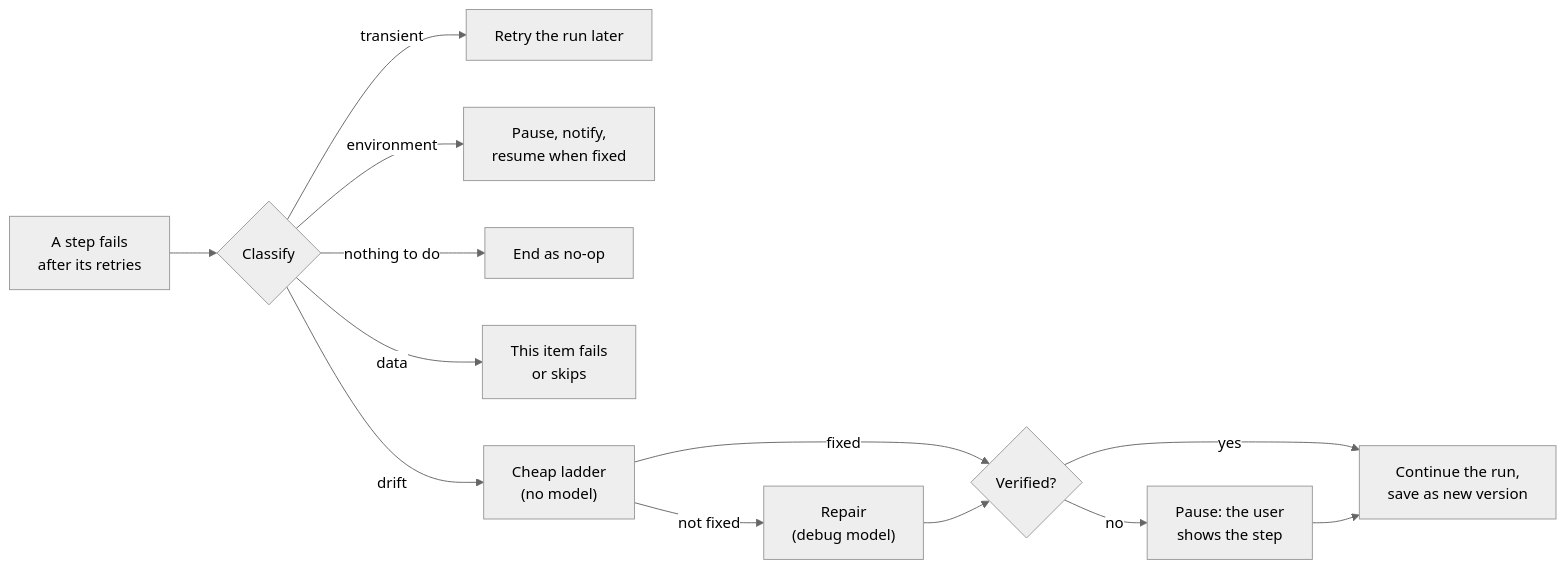
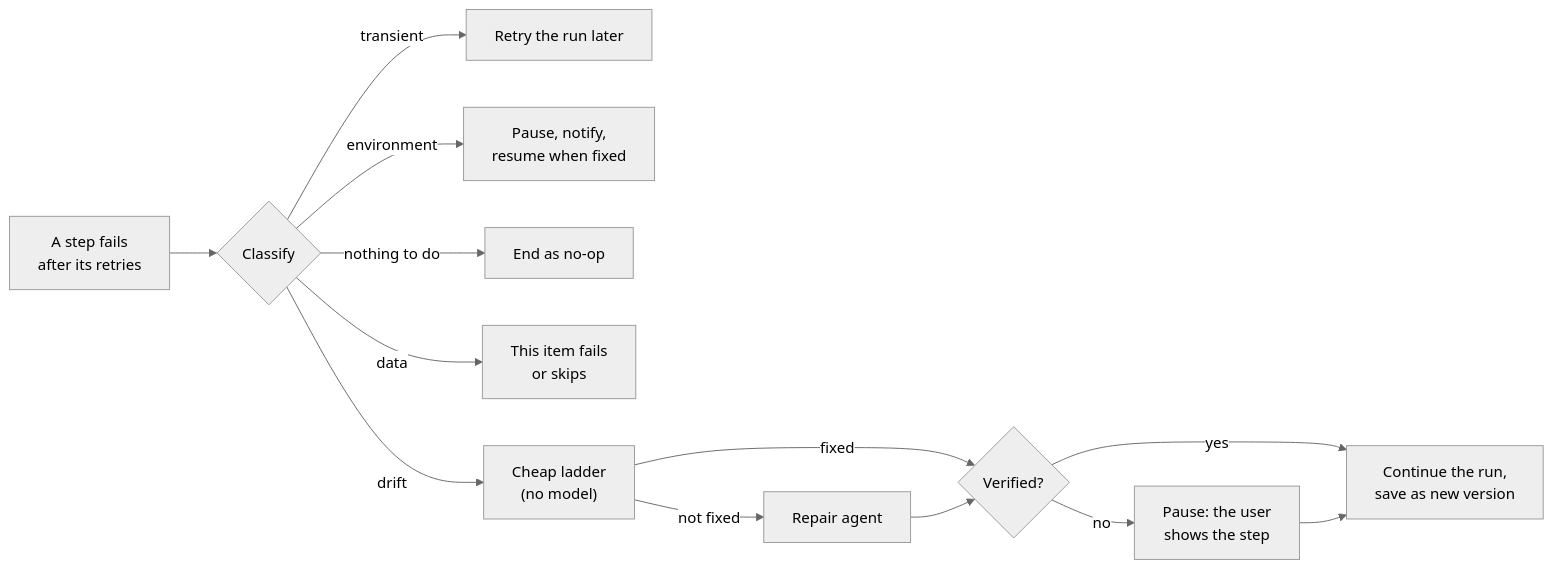
Before and after one commit to Akshat-Soni02/nxn-global-ai-hackathon-personal-agent: the second of 3 diagrams in docs/design.md, drawn with Mermaid (neutral theme). The commit also changed other lines of this file and 1 other file, not shown here.

````diff
--- a/docs/design.md
+++ b/docs/design.md
@@ -108,15 +108,15 @@
 ```mermaid
 flowchart LR
   F["A step fails<br/>after its retries"] --> C{"Classify"}
   C -- transient --> T["Retry the run later"]
   C -- environment --> E["Pause, notify,<br/>resume when fixed"]
   C -- "nothing to do" --> N["End as no-op"]
   C -- data --> D["This item fails<br/>or skips"]
   C -- drift --> L["Cheap ladder<br/>(no model)"]
-  L -- "not fixed" --> R["Repair<br/>(debug model)"]
+  L -- "not fixed" --> R["Repair agent"]
   L -- fixed --> V
   R --> V{"Verified?"}
   V -- yes --> S["Continue the run,<br/>save as new version"]
   V -- no --> P["Pause: the user<br/>shows the step"]
   P --> S
 ```
````
